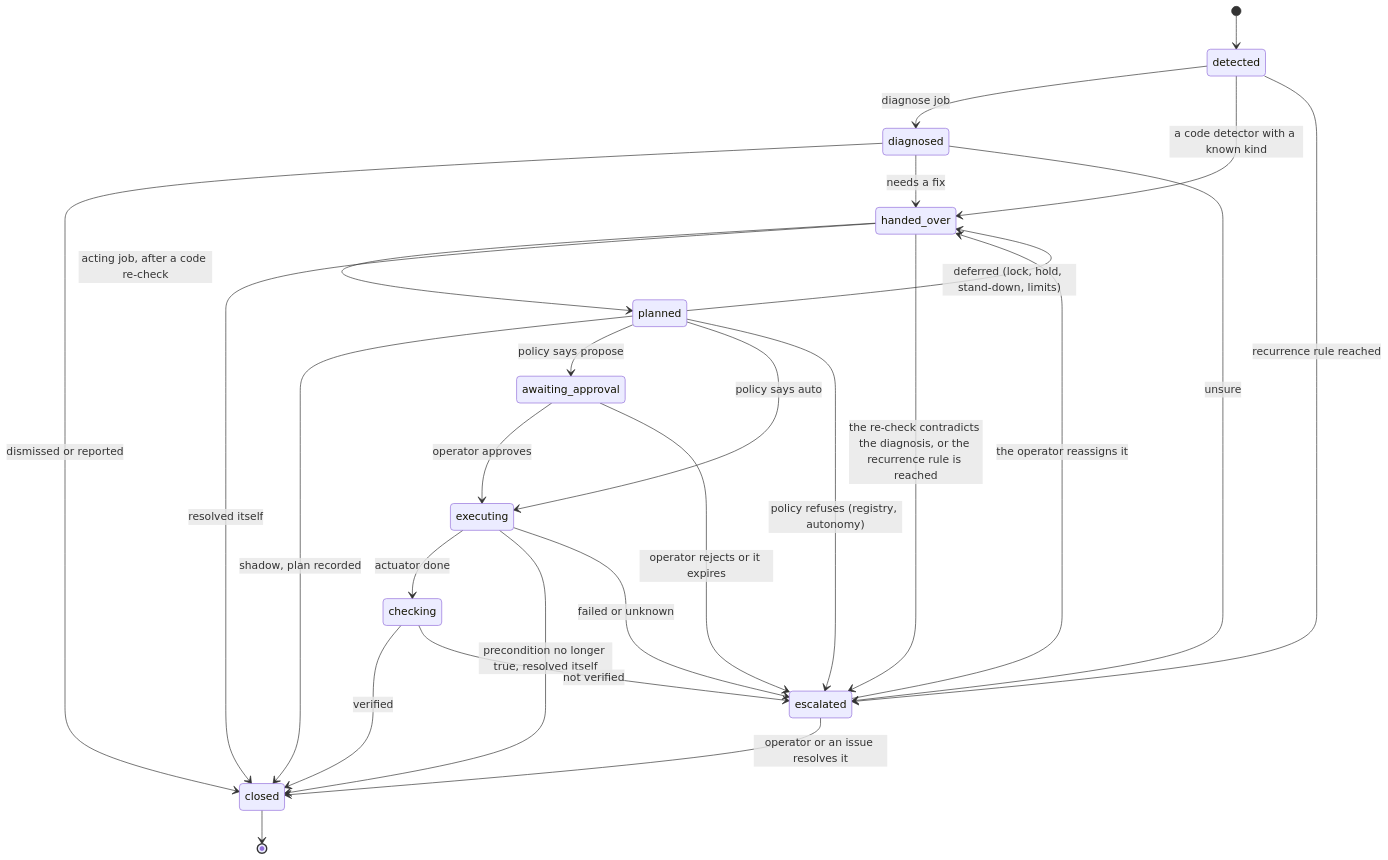
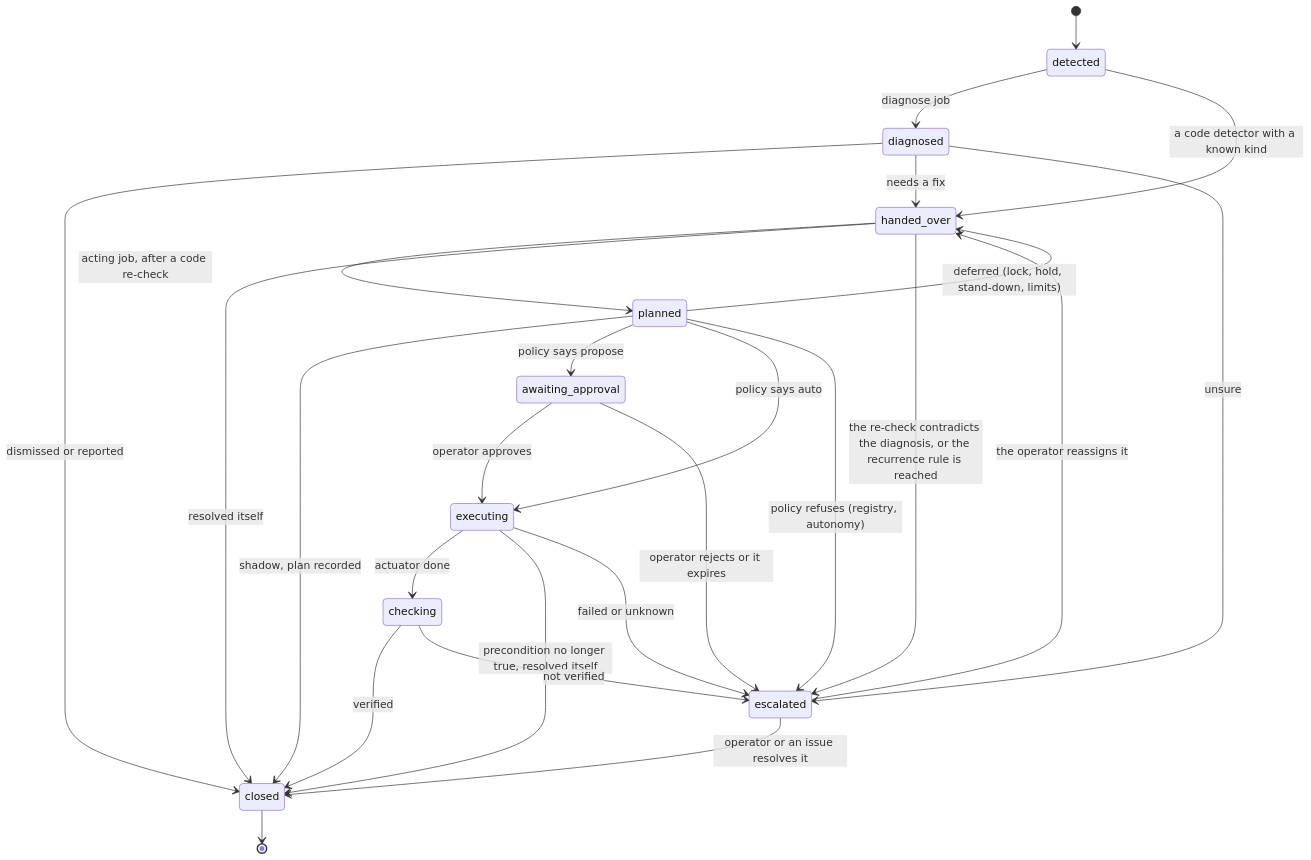
The second of 7 diagrams in docs/rfc/RFC-0004-agent-pipeline.md (chipi/flotilla), drawn with Mermaid before and after one commit. The commit also changed other lines of this file, not shown here.

First line of the commit message:
docs(rfc): RFC-0004: the recurrence rule counts only recurrences after an executed fix (advisor's seventh pass)

````diff
--- a/docs/rfc/RFC-0004-agent-pipeline.md
+++ b/docs/rfc/RFC-0004-agent-pipeline.md
@@ -202,28 +202,27 @@
 ```mermaid
 stateDiagram-v2
     [*] --> detected
     detected --> diagnosed: diagnose job
     detected --> handed_over: a code detector with a known kind
-    detected --> escalated: recurrence rule reached
     diagnosed --> closed: dismissed or reported
     diagnosed --> handed_over: needs a fix
     diagnosed --> escalated: unsure
     handed_over --> planned: acting job, after a code re-check
     handed_over --> closed: resolved itself
     planned --> closed: shadow, plan recorded
     planned --> awaiting_approval: policy says propose
     planned --> executing: policy says auto
     planned --> handed_over: deferred (lock, hold, stand-down, limits)
     planned --> escalated: policy refuses (registry, autonomy)
     awaiting_approval --> executing: operator approves
     awaiting_approval --> escalated: operator rejects or it expires
     executing --> checking: actuator done
     executing --> closed: precondition no longer true, resolved itself
     executing --> escalated: failed or unknown
     checking --> closed: verified
     checking --> escalated: not verified
     handed_over --> escalated: the re-check contradicts the diagnosis, or the recurrence rule is reached
     escalated --> handed_over: the operator reassigns it
     escalated --> closed: operator or an issue resolves it
     closed --> [*]
 ```
````
